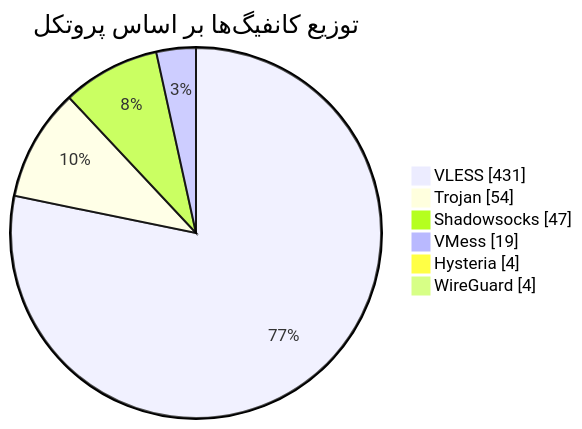
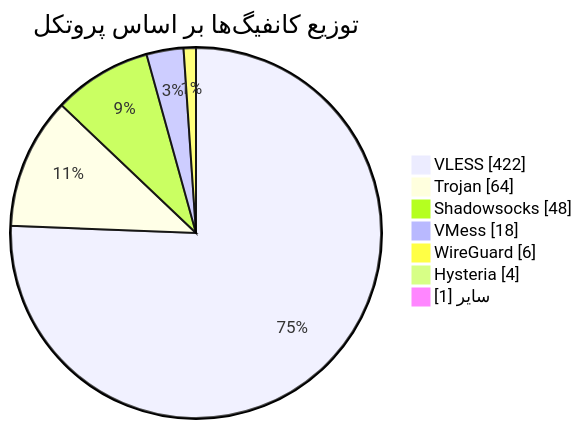
Before and after one commit to Arian-Alijani/Somthing: the diagram in README.md, drawn with Mermaid. The commit also changed other lines of this file and 19 other files, not shown here.

````diff
--- a/README.md
+++ b/README.md
@@ -48,10 +49,11 @@
 ```mermaid
 pie showData
     title توزیع کانفیگ‌ها بر اساس پروتکل
-    "VLESS" : 431
-    "Trojan" : 54
-    "Shadowsocks" : 47
-    "VMess" : 19
+    "VLESS" : 422
+    "Trojan" : 64
+    "Shadowsocks" : 48
+    "VMess" : 18
+    "WireGuard" : 6
     "Hysteria" : 4
-    "WireGuard" : 4
+    "سایر" : 1
 ```
````
